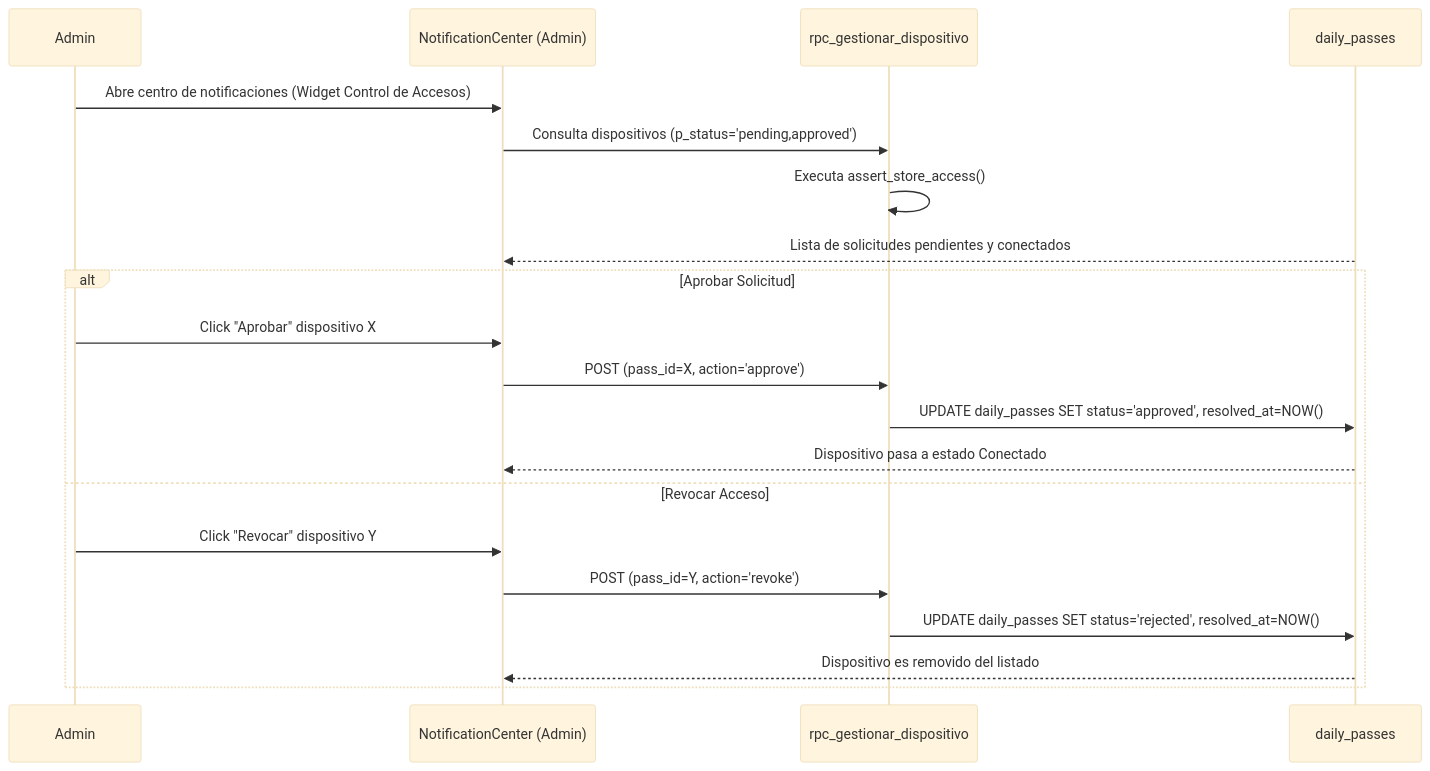
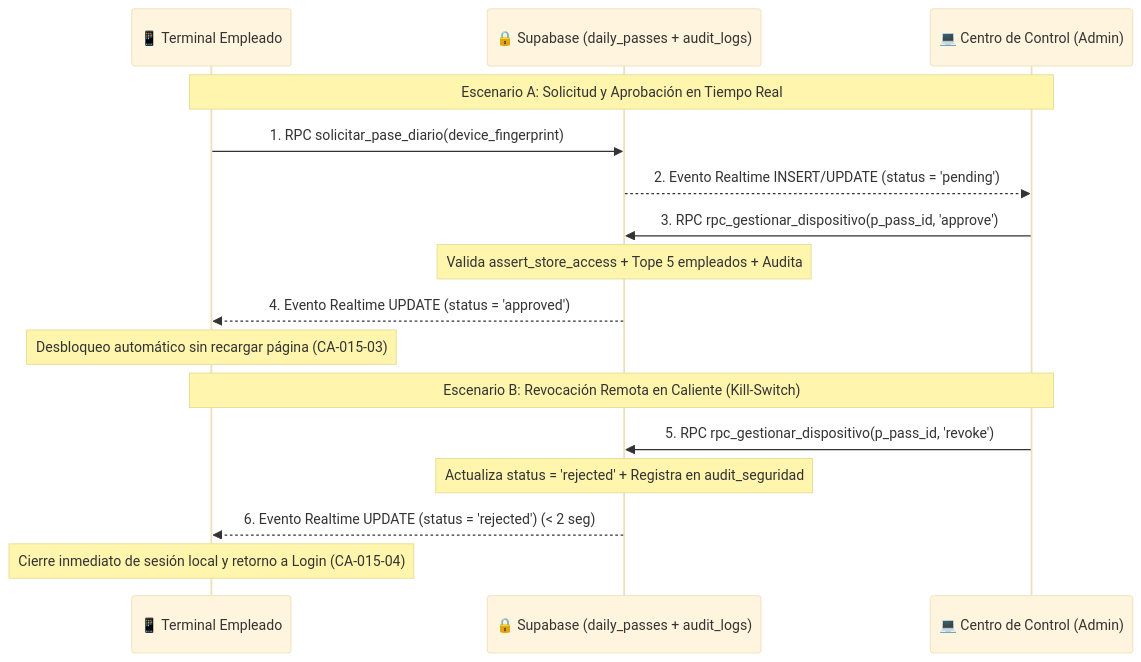
The first of 2 diagrams in documentation/01_requirements/SDD/SDD_015_GESTION_DISPOSITIVOS.md (YamirJCF/tienda-barrio-pro), drawn with Mermaid (base theme) before and after one commit. The commit also changed other lines of this file and 128 other files, not shown here.

````diff
--- a/documentation/01_requirements/SDD/SDD_015_GESTION_DISPOSITIVOS.md
+++ b/documentation/01_requirements/SDD/SDD_015_GESTION_DISPOSITIVOS.md
@@ -41,24 +108,20 @@
 ```mermaid
 sequenceDiagram
-    participant Admin
-    participant UI as NotificationCenter (Admin)
-    participant RPC as rpc_gestionar_dispositivo
-    participant DB as daily_passes
+    participant Emp as 📱 Terminal Empleado
+    participant DB as 🔒 Supabase (daily_passes + audit_logs)
+    participant Admin as 💻 Centro de Control (Admin)
 
-    Admin->>UI: Abre centro de notificaciones (Widget Control de Accesos)
-    UI->>RPC: Consulta dispositivos (p_status='pending,approved')
-    RPC->>RPC: Executa assert_store_access()
-    DB-->>UI: Lista de solicitudes pendientes y conectados
-    
-    alt Aprobar Solicitud
-        Admin->>UI: Click "Aprobar" dispositivo X
-        UI->>RPC: POST (pass_id=X, action='approve')
-        RPC->>DB: UPDATE daily_passes SET status='approved', resolved_at=NOW()
-        DB-->>UI: Dispositivo pasa a estado Conectado
-    else Revocar Acceso
-        Admin->>UI: Click "Revocar" dispositivo Y
-        UI->>RPC: POST (pass_id=Y, action='revoke')
-        RPC->>DB: UPDATE daily_passes SET status='rejected', resolved_at=NOW()
-        DB-->>UI: Dispositivo es removido del listado
-    end
+    Note over Emp, Admin: Escenario A: Solicitud y Aprobación en Tiempo Real
+    Emp->>DB: 1. RPC solicitar_pase_diario(device_fingerprint)
+    DB-->>Admin: 2. Evento Realtime INSERT/UPDATE (status = 'pending')
+    Admin->>DB: 3. RPC rpc_gestionar_dispositivo(p_pass_id, 'approve')
+    Note over DB: Valida assert_store_access + Tope 5 empleados + Audita
+    DB-->>Emp: 4. Evento Realtime UPDATE (status = 'approved')
+    Note over Emp: Desbloqueo automático sin recargar página (CA-015-03)
+
+    Note over Emp, Admin: Escenario B: Revocación Remota en Caliente (Kill-Switch)
+    Admin->>DB: 5. RPC rpc_gestionar_dispositivo(p_pass_id, 'revoke')
+    Note over DB: Actualiza status = 'rejected' + Registra en audit_seguridad
+    DB-->>Emp: 6. Evento Realtime UPDATE (status = 'rejected') (< 2 seg)
+    Note over Emp: Cierre inmediato de sesión local y retorno a Login (CA-015-04)
 ```
````
